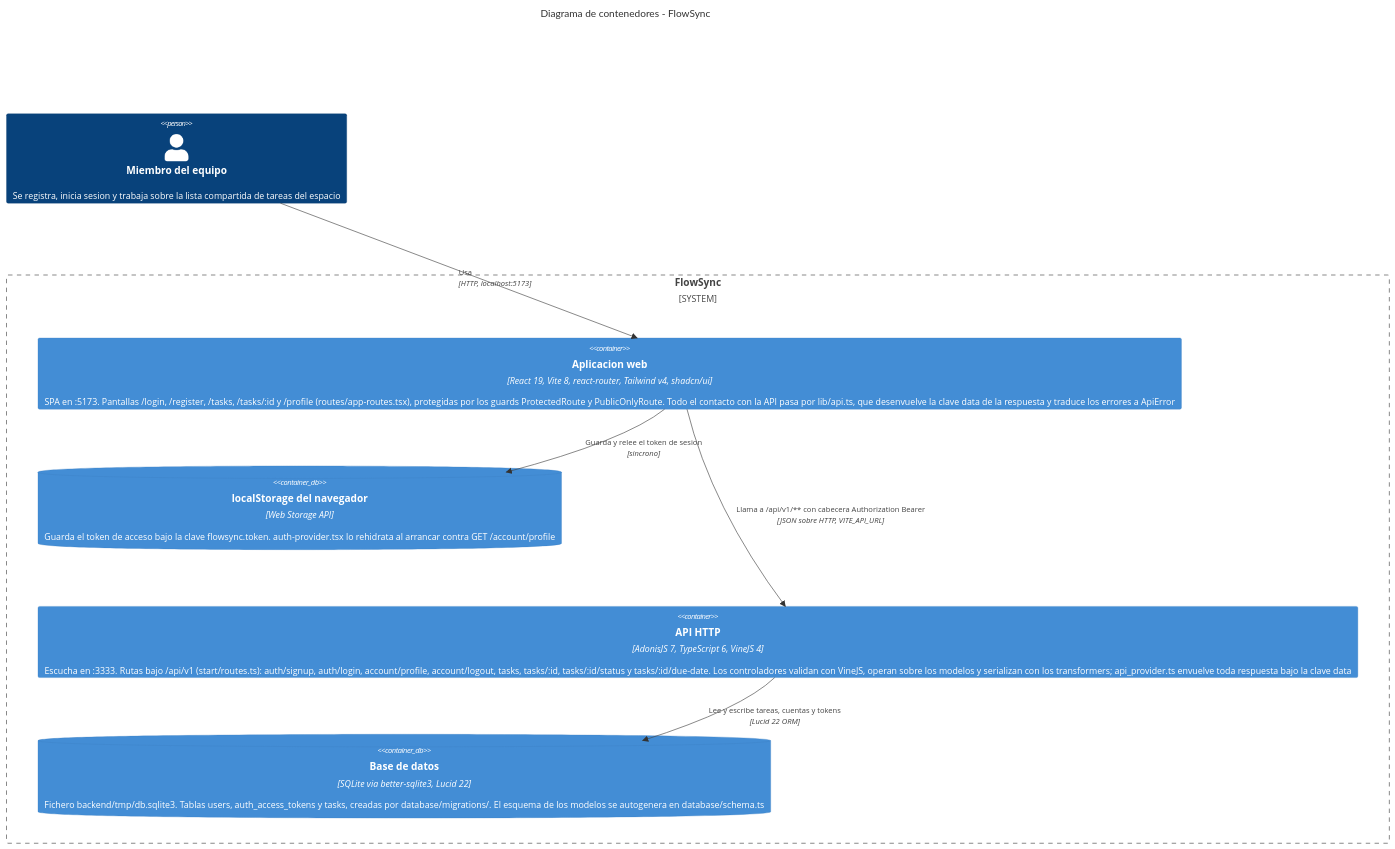
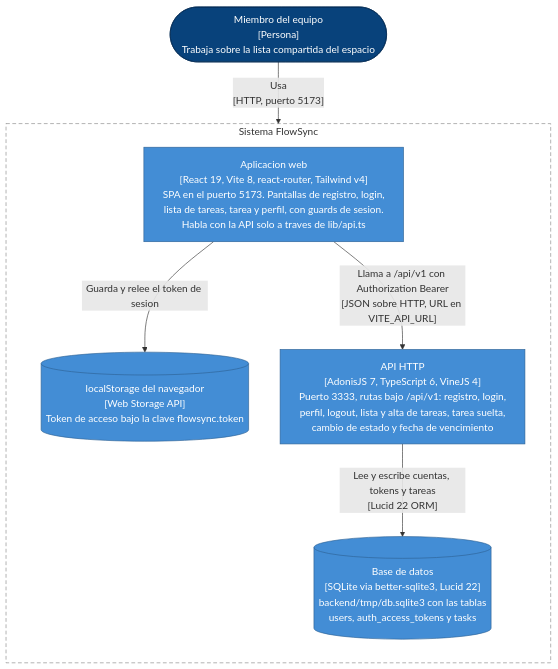
One commit to ihbelda/flowsync-ai4devs-s4 changed the diagram in docs/architecture.md. Above: the diagram before and after it, drawn with Mermaid. The commit also changed other lines of this file, not shown here.

Commit message:
docs(architecture): dibuja el C4 con flowchart para que se previsualice
El diagrama estaba escrito con el modo `C4Container` de Mermaid, que da
error en bastantes visores. La sintaxis no era el problema —el bloque
parsea en Mermaid 10.9.8, 11.17.2 y 12.0.0, y renderiza en Chromium—,
pero `C4Container` sigue marcado como experimental y su soporte es
desigual, así que no compensa depender de él para un documento que está
para mirarse.

Se pasa a `flowchart`, que renderiza en cualquier visor, conservando las
convenciones de C4 a mano: la persona fuera del sistema, el límite del
sistema como subgrafo, la tecnología entre corchetes en cada contenedor,
la tecnología de cada relación en su flecha y la paleta azul de C4.

De paso, las descripciones bajan a una línea por contenedor: dentro de las
cajas de `flowchart` el texto largo se parte en una columna de 459 px de
ancho por 2426 de alto, ilegible. Con `wrappingWidth` a 420 y las
descripciones recortadas queda en 784 x 959. Fuera también las etiquetas
`<b>` e `<i>`, que un visor con `htmlLabels` desactivado enseñaría en
crudo.

Verificado renderizando el resultado con mermaid-cli sobre Chromium.

````diff
--- a/docs/architecture.md
+++ b/docs/architecture.md
@@ -16,23 +21,28 @@
 ```mermaid
-C4Container
-    title Diagrama de contenedores - FlowSync
+%%{init: {"flowchart": {"wrappingWidth": 420}}}%%
+flowchart TB
+    miembro(["Miembro del equipo<br/>[Persona]<br/>Trabaja sobre la lista compartida del espacio"])
 
-    Person(miembro, "Miembro del equipo", "Se registra, inicia sesion y trabaja sobre la lista compartida de tareas del espacio")
+    subgraph flowsync["Sistema FlowSync"]
+        direction TB
 
-    System_Boundary(flowsync, "FlowSync") {
-        Container(spa, "Aplicacion web", "React 19, Vite 8, react-router, Tailwind v4, shadcn/ui", "SPA en :5173. Pantallas /login, /register, /tasks, /tasks/:id y /profile (routes/app-routes.tsx), protegidas por los guards ProtectedRoute y PublicOnlyRoute. Todo el contacto con la API pasa por lib/api.ts, que desenvuelve la clave data de la respuesta y traduce los errores a ApiError")
+        spa["Aplicacion web<br/>[React 19, Vite 8, react-router, Tailwind v4]<br/>SPA en el puerto 5173. Pantallas de registro, login,<br/>lista de tareas, tarea y perfil, con guards de sesion.<br/>Habla con la API solo a traves de lib/api.ts"]
 
-        ContainerDb(storage, "localStorage del navegador", "Web Storage API", "Guarda el token de acceso bajo la clave flowsync.token. auth-provider.tsx lo rehidrata al arrancar contra GET /account/profile")
+        storage[("localStorage del navegador<br/>[Web Storage API]<br/>Token de acceso bajo la clave flowsync.token")]
 
-        Container(api, "API HTTP", "AdonisJS 7, TypeScript 6, VineJS 4", "Escucha en :3333. Rutas bajo /api/v1 (start/routes.ts): auth/signup, auth/login, account/profile, account/logout, tasks, tasks/:id, tasks/:id/status y tasks/:id/due-date. Los controladores validan con VineJS, operan sobre los modelos y serializan con los transformers; api_provider.ts envuelve toda respuesta bajo la clave data")
+        api["API HTTP<br/>[AdonisJS 7, TypeScript 6, VineJS 4]<br/>Puerto 3333, rutas bajo /api/v1: registro, login,<br/>perfil, logout, lista y alta de tareas, tarea suelta,<br/>cambio de estado y fecha de vencimiento"]
 
-        ContainerDb(db, "Base de datos", "SQLite via better-sqlite3, Lucid 22", "Fichero backend/tmp/db.sqlite3. Tablas users, auth_access_tokens y tasks, creadas por database/migrations/. El esquema de los modelos se autogenera en database/schema.ts")
-    }
+        db[("Base de datos<br/>[SQLite via better-sqlite3, Lucid 22]<br/>backend/tmp/db.sqlite3 con las tablas<br/>users, auth_access_tokens y tasks")]
+    end
 
-    Rel(miembro, spa, "Usa", "HTTP, localhost:5173")
-    Rel(spa, storage, "Guarda y relee el token de sesion", "sincrono")
-    Rel(spa, api, "Llama a /api/v1/** con cabecera Authorization Bearer", "JSON sobre HTTP, VITE_API_URL")
-    Rel(api, db, "Lee y escribe tareas, cuentas y tokens", "Lucid 22 ORM")
+    miembro -->|"Usa<br/>[HTTP, puerto 5173]"| spa
+    spa -->|"Guarda y relee el token de sesion"| storage
+    spa -->|"Llama a /api/v1 con Authorization Bearer<br/>[JSON sobre HTTP, URL en VITE_API_URL]"| api
+    api -->|"Lee y escribe cuentas, tokens y tareas<br/>[Lucid 22 ORM]"| db
 
-    UpdateLayoutConfig($c4ShapeInRow="2", $c4BoundaryInRow="1")
+    classDef persona fill:#08427B,stroke:#052E56,color:#FFFFFF
+    classDef contenedor fill:#438DD5,stroke:#2E6295,color:#FFFFFF
+    class miembro persona
+    class spa,storage,api,db contenedor
+    style flowsync fill:none,stroke:#888888,stroke-dasharray: 6 4
 ```
````
